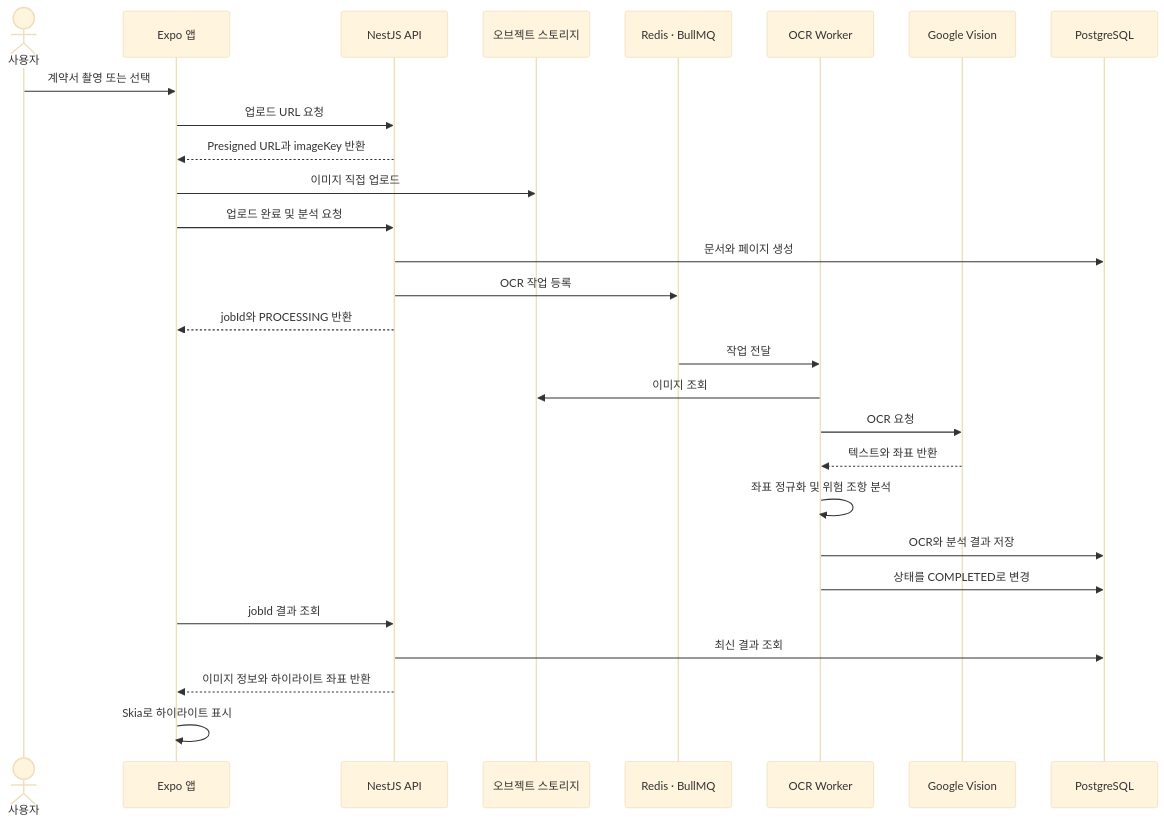
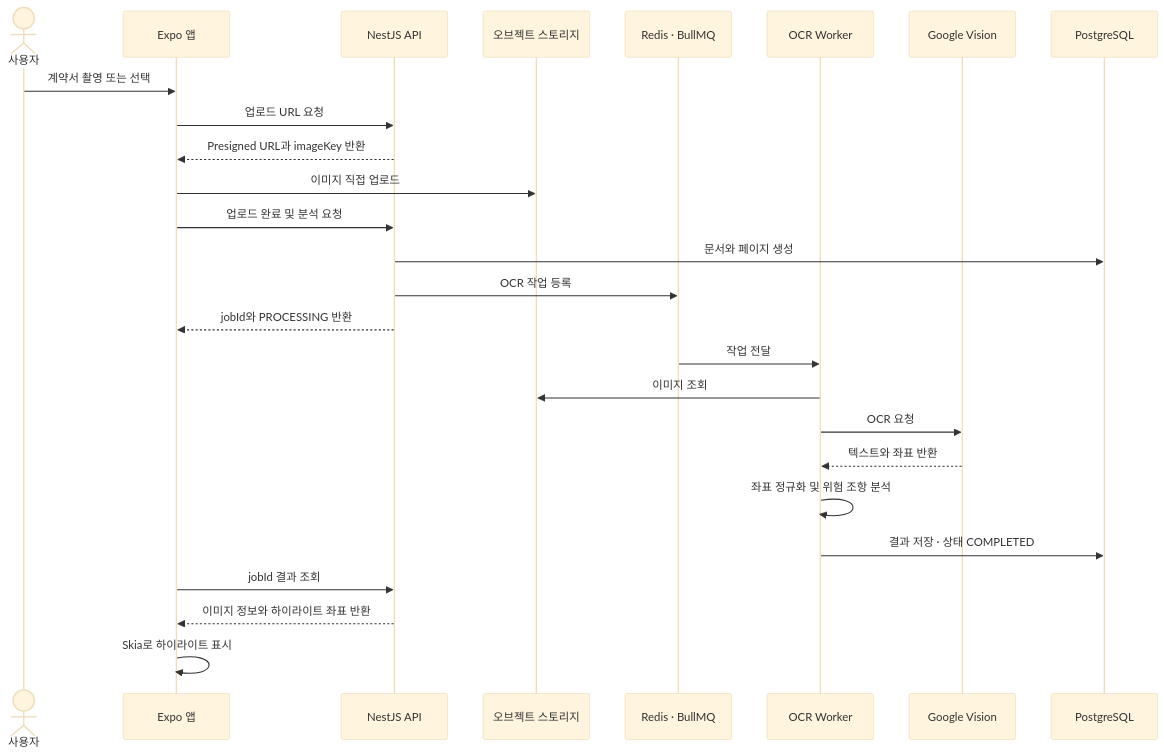
One commit to kyungchan3007/clause-lens changed the second of 2 diagrams in README.md. Above: the diagram before and after it, drawn with Mermaid (base theme). The commit also changed other lines of this file and 4 other files, not shown here.

````diff
--- a/README.md
+++ b/README.md
@@ -302,31 +176,29 @@
 ```mermaid
 sequenceDiagram
     actor User as 사용자
     participant App as Expo 앱
     participant API as NestJS API
     participant S3 as 오브젝트 스토리지
     participant Queue as Redis · BullMQ
     participant Worker as OCR Worker
     participant Vision as Google Vision
     participant DB as PostgreSQL
 
     User->>App: 계약서 촬영 또는 선택
     App->>API: 업로드 URL 요청
     API-->>App: Presigned URL과 imageKey 반환
     App->>S3: 이미지 직접 업로드
     App->>API: 업로드 완료 및 분석 요청
     API->>DB: 문서와 페이지 생성
     API->>Queue: OCR 작업 등록
     API-->>App: jobId와 PROCESSING 반환
     Queue->>Worker: 작업 전달
     Worker->>S3: 이미지 조회
     Worker->>Vision: OCR 요청
     Vision-->>Worker: 텍스트와 좌표 반환
     Worker->>Worker: 좌표 정규화 및 위험 조항 분석
-    Worker->>DB: OCR와 분석 결과 저장
-    Worker->>DB: 상태를 COMPLETED로 변경
+    Worker->>DB: 결과 저장 · 상태 COMPLETED
     App->>API: jobId 결과 조회
-    API->>DB: 최신 결과 조회
     API-->>App: 이미지 정보와 하이라이트 좌표 반환
     App->>App: Skia로 하이라이트 표시
 ```
````
